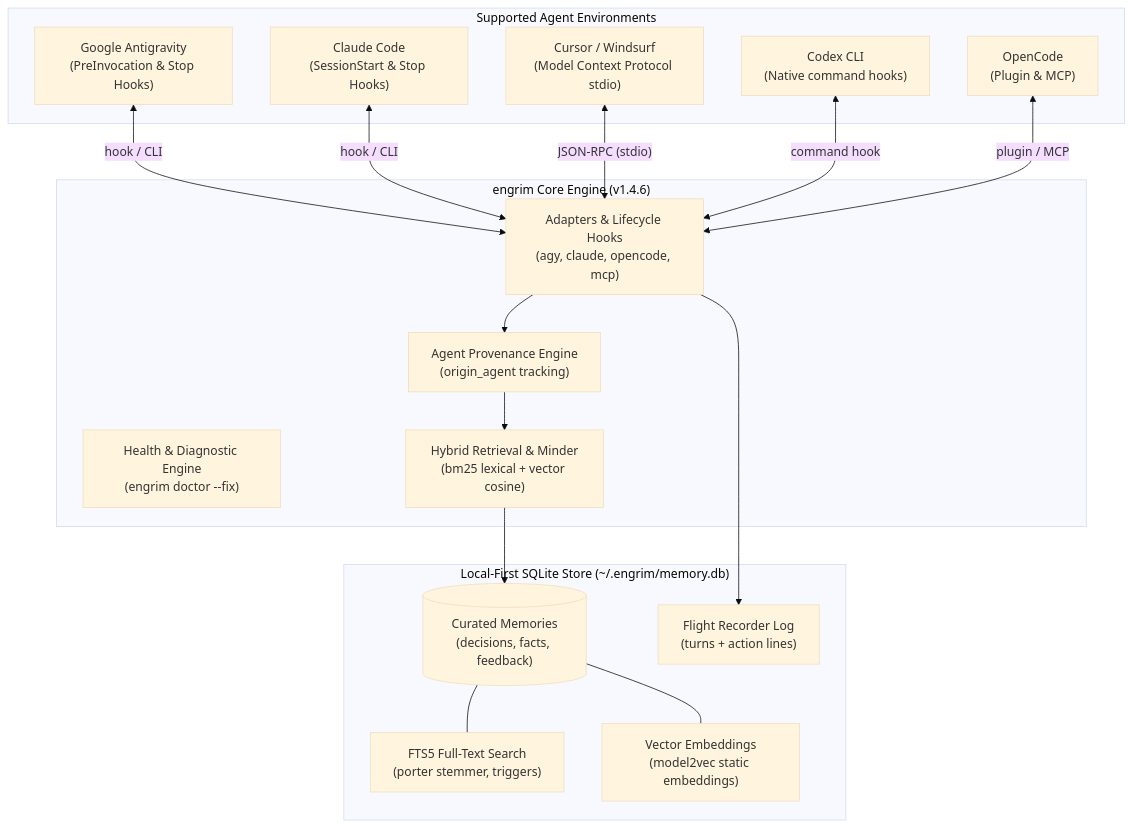
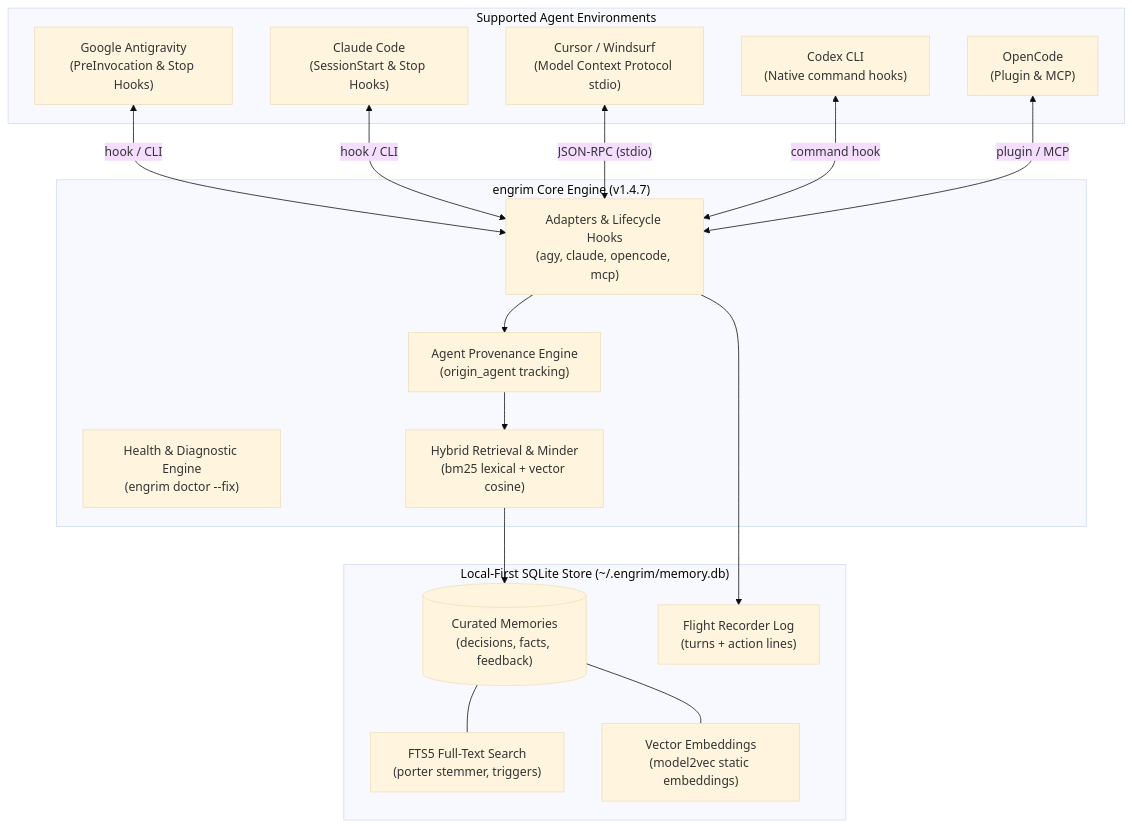
One commit to HinchK/engrim changed the diagram in README.md. Above: the diagram before and after it, drawn with Mermaid (base theme). The commit also changed 7 other files, not shown here.

````diff
--- a/README.md
+++ b/README.md
@@ -39,36 +39,36 @@
 ```mermaid
 graph TD
     subgraph Agents ["Supported Agent Environments"]
         AGY["Google Antigravity<br/>(PreInvocation & Stop Hooks)"]
         CLAUDE["Claude Code<br/>(SessionStart & Stop Hooks)"]
         CURSOR["Cursor / Windsurf<br/>(Model Context Protocol stdio)"]
         CODEX["Codex CLI<br/>(Native command hooks)"]
         OPENCODE["OpenCode<br/>(Plugin & MCP)"]
     end
 
-    subgraph CoreEngine ["engrim Core Engine (v1.4.6)"]
+    subgraph CoreEngine ["engrim Core Engine (v1.4.7)"]
         ADAPTERS["Adapters & Lifecycle Hooks<br/>(agy, claude, opencode, mcp)"]
         DOCTOR["Health & Diagnostic Engine<br/>(engrim doctor --fix)"]
         PROVENANCE["Agent Provenance Engine<br/>(origin_agent tracking)"]
         ROUTER["Hybrid Retrieval & Minder<br/>(bm25 lexical + vector cosine)"]
     end
 
     subgraph Storage ["Local-First SQLite Store (~/.engrim/memory.db)"]
         MEMORIES[("Curated Memories<br/>(decisions, facts, feedback)")]
         FTS5["FTS5 Full-Text Search<br/>(porter stemmer, triggers)"]
         VEC["Vector Embeddings<br/>(model2vec static embeddings)"]
         LOG["Flight Recorder Log<br/>(turns + action lines)"]
     end
 
     AGY <-->|"hook / CLI"| ADAPTERS
     CLAUDE <-->|"hook / CLI"| ADAPTERS
     CURSOR <-->|"JSON-RPC (stdio)"| ADAPTERS
     CODEX <-->|"command hook"| ADAPTERS
     OPENCODE <-->|"plugin / MCP"| ADAPTERS
     ADAPTERS --> PROVENANCE
     PROVENANCE --> ROUTER
     ROUTER --> MEMORIES
     MEMORIES --- FTS5
     MEMORIES --- VEC
     ADAPTERS --> LOG
 ```
````
